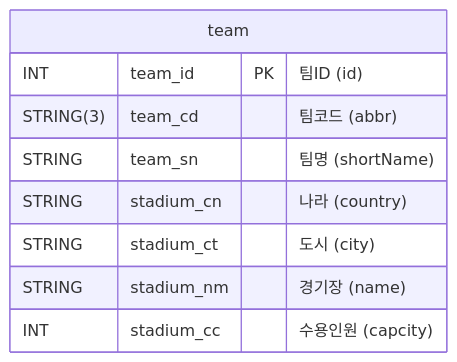
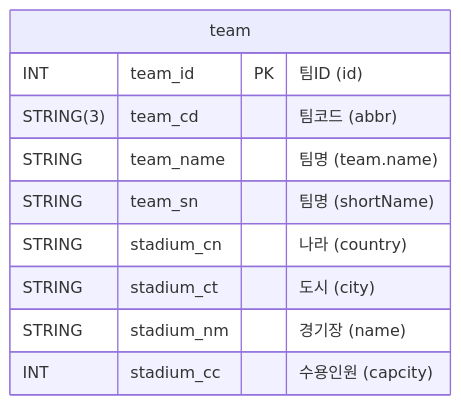
Before and after one commit to JaeBinary/premier-league-table: the first of 9 diagrams in data/json/README.md, drawn with Mermaid.

````diff
--- a/data/json/README.md
+++ b/data/json/README.md
@@ -6,12 +6,13 @@
 ```mermaid
 erDiagram
     team {
         INT team_id PK "팀ID (id)"
         STRING(3) team_cd "팀코드 (abbr)"
+        STRING team_name "팀명 (team.name)"
         STRING team_sn "팀명 (shortName)"
         STRING stadium_cn "나라 (country)"
         STRING stadium_ct "도시 (city)"
         STRING stadium_nm "경기장 (name)"
         INT stadium_cc "수용인원 (capcity)"
     }
 ```
````
